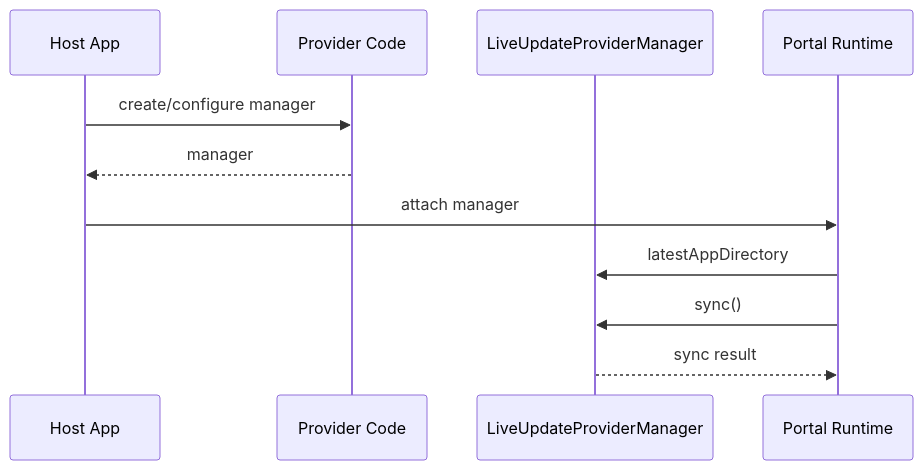
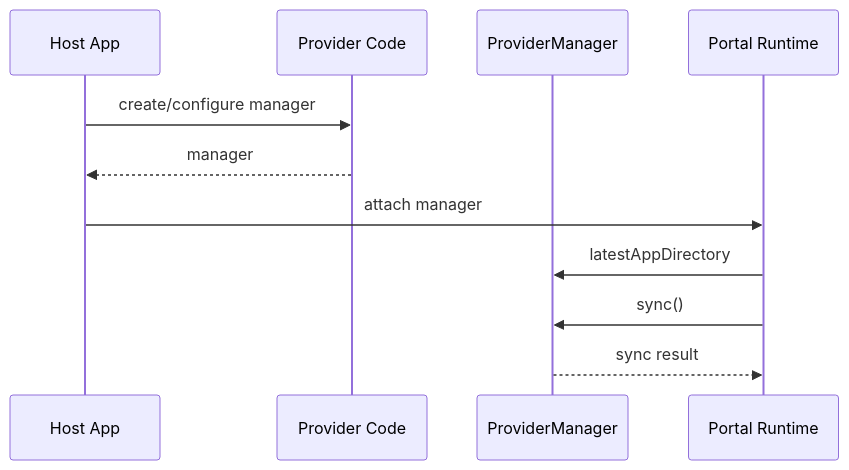
Before and after one commit to ionic-team/live-update-provider-sdk: the second of 2 diagrams in ARCHITECTURE.md, drawn with Mermaid. The commit also changed other lines of this file and 38 other files, not shown here.

````diff
--- a/ARCHITECTURE.md
+++ b/ARCHITECTURE.md
@@ -194,14 +194,14 @@
 ```mermaid
 sequenceDiagram
     participant App as Host App
     participant Provider as Provider Code
-    participant Manager as LiveUpdateProviderManager
+    participant Manager as ProviderManager
     participant Portal as Portal Runtime
 
     App->>Provider: create/configure manager
     Provider-->>App: manager
     App->>Portal: attach manager
     Portal->>Manager: latestAppDirectory
     Portal->>Manager: sync()
     Manager-->>Portal: sync result
 ```
````
